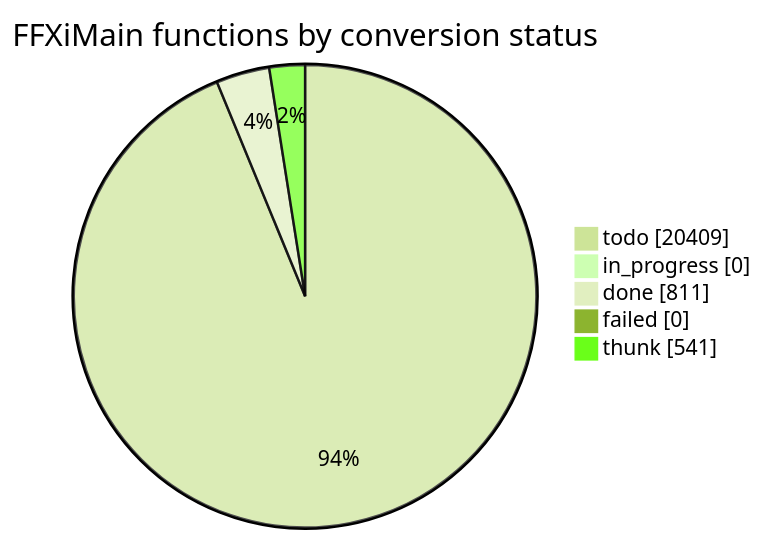
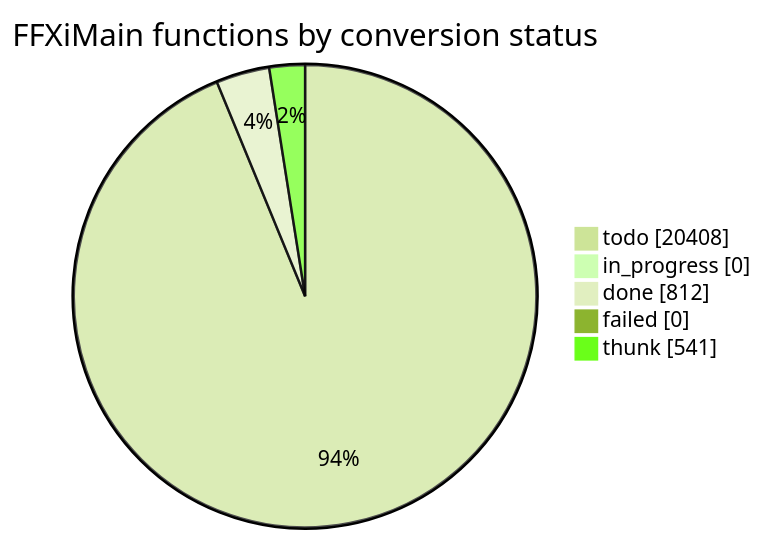
The diagram in docs/cow/STATUS.md (cowrevenge/cow_kuluu_xi_anything), drawn with Mermaid (forest theme) before and after one commit. The commit also changed other lines of this file and 9 other files, not shown here.

````diff
--- a/docs/cow/STATUS.md
+++ b/docs/cow/STATUS.md
@@ -18,9 +18,9 @@
 ```mermaid
 pie showData
     title FFXiMain functions by conversion status
-    "todo" : 20409
+    "todo" : 20408
     "in_progress" : 0
-    "done" : 811
+    "done" : 812
     "failed" : 0
     "thunk" : 541
 ```
````
